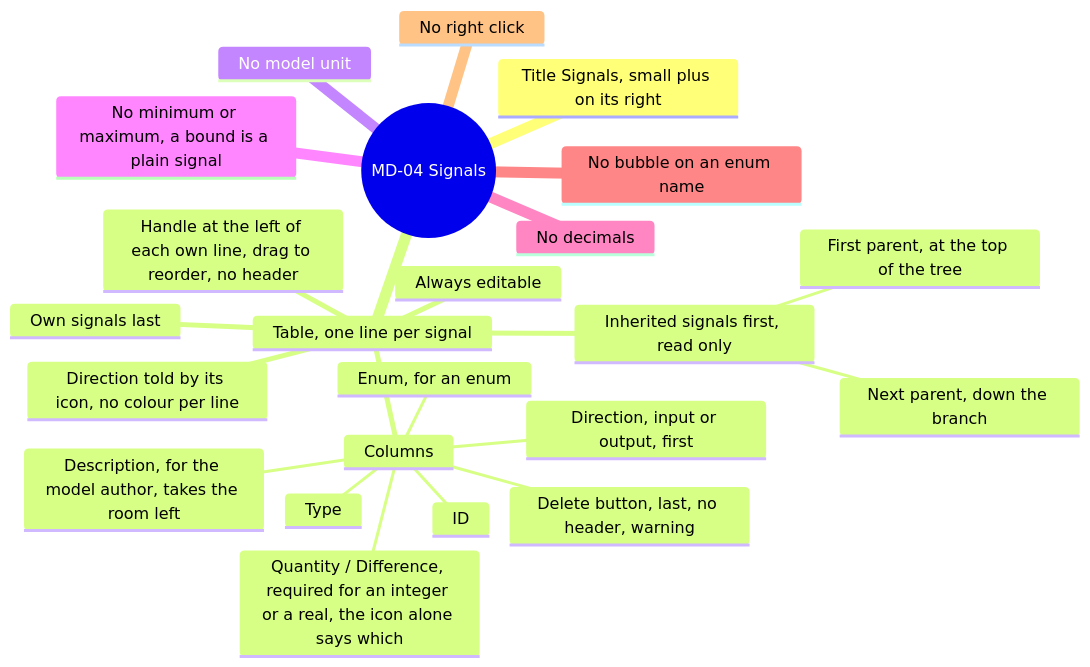
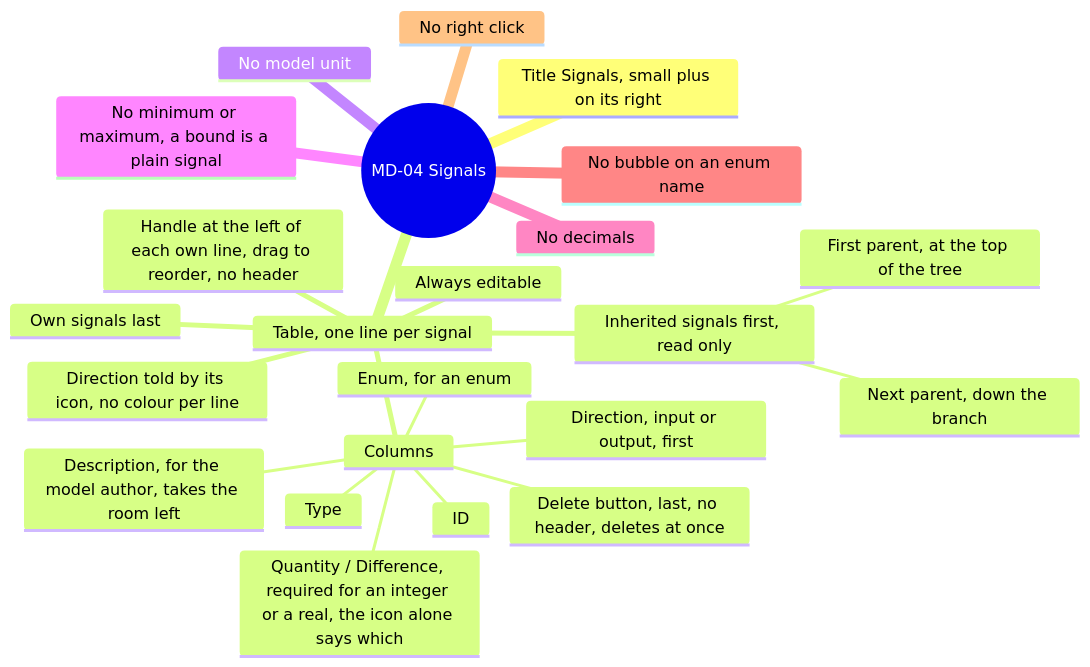
The seventh of 16 diagrams in screens/metadata.md (AlexandreGallais/synoptic-studio-spec), drawn with Mermaid before and after one commit. The commit also changed other lines of this file and 15 other files, not shown here.

````diff
--- a/screens/metadata.md
+++ b/screens/metadata.md
@@ -207,26 +207,26 @@
 ```mermaid
 mindmap
   root((MD-04 Signals))
     Title Signals, small plus on its right
     Table, one line per signal
       Inherited signals first, read only
         First parent, at the top of the tree
         Next parent, down the branch
       Own signals last
       Always editable
       Direction told by its icon, no colour per line
       Handle at the left of each own line, drag to reorder, no header
       Columns
         Direction, input or output, first
         ID
         Type
         Enum, for an enum
         Quantity / Difference, required for an integer or a real, the icon alone says which
         Description, for the model author, takes the room left
-        Delete button, last, no header, warning
+        Delete button, last, no header, deletes at once
     No model unit
     No minimum or maximum, a bound is a plain signal
     No decimals
     No bubble on an enum name
     No right click
 ```
````
